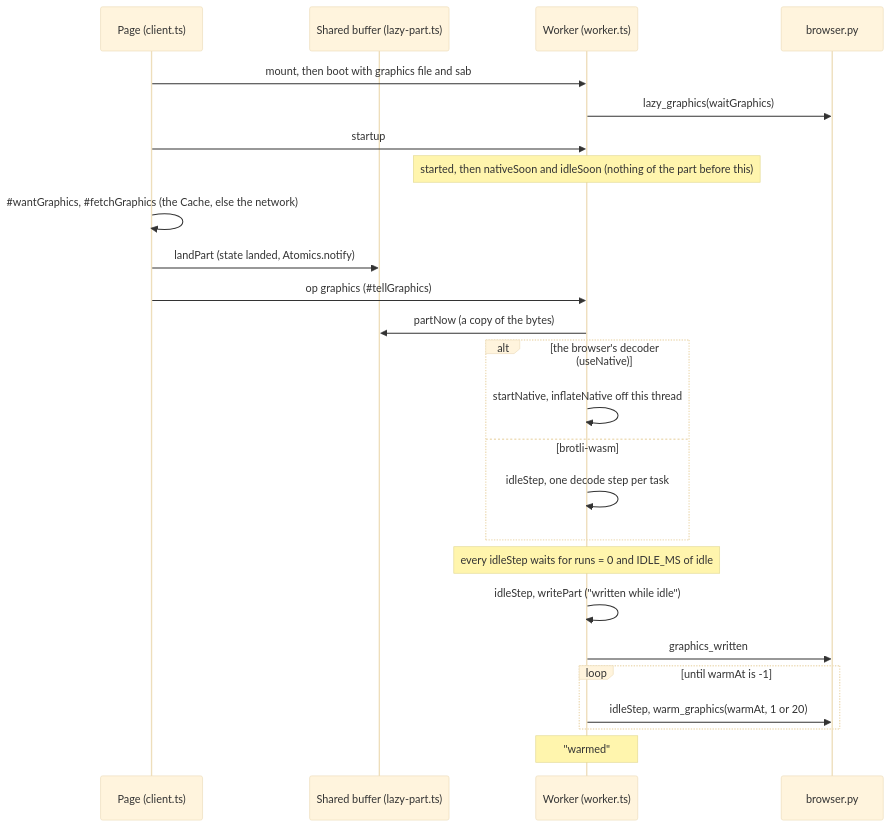
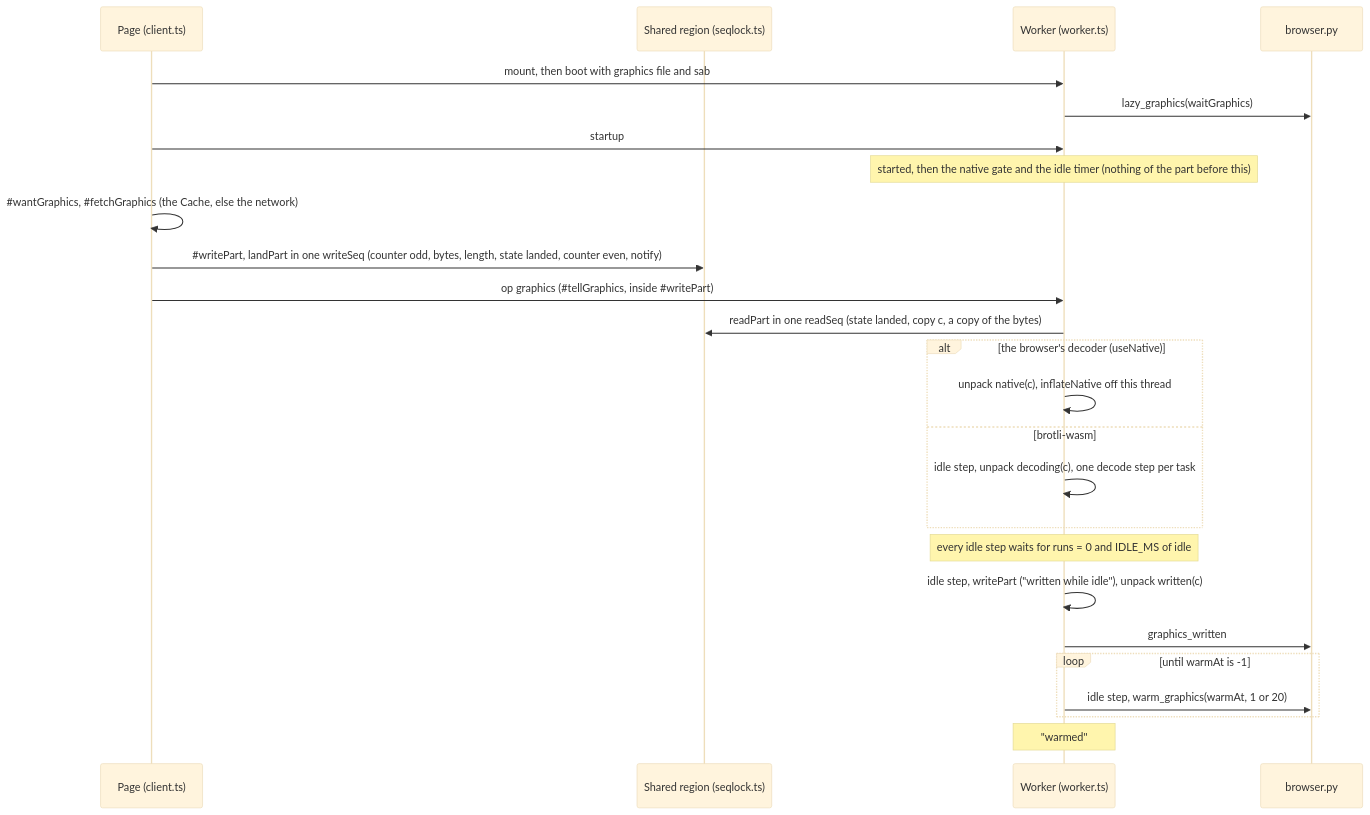
The first of 6 diagrams in docs/design/lazy-graphics.md (jeffzyliu/dofile), drawn with Mermaid (base theme) before and after one commit. The commit also changed other lines of this file, not shown here.

Commit message:
docs: the R1 note as one design after decision A: a seqlock utility (writeSeq, readSeq) that enforces the region's rule by construction, both machines on it, the worker region re-weighed, the seqlock spike's results, and the decisions at the end

````diff
--- a/docs/design/lazy-graphics.md
+++ b/docs/design/lazy-graphics.md
@@ -88,27 +90,27 @@
 ```mermaid
 sequenceDiagram
     participant P as Page (client.ts)
-    participant B as Shared buffer (lazy-part.ts)
+    participant B as Shared region (seqlock.ts)
     participant W as Worker (worker.ts)
     participant Y as browser.py
     P->>W: mount, then boot with graphics file and sab
     W->>Y: lazy_graphics(waitGraphics)
     P->>W: startup
-    Note over W: started, then nativeSoon and idleSoon (nothing of the part before this)
+    Note over W: started, then the native gate and the idle timer (nothing of the part before this)
     P->>P: #35;wantGraphics, #35;fetchGraphics (the Cache, else the network)
-    P->>B: landPart (state landed, Atomics.notify)
-    P->>W: op graphics (#35;tellGraphics)
-    W->>B: partNow (a copy of the bytes)
+    P->>B: #35;writePart, landPart in one writeSeq (counter odd, bytes, length, state landed, counter even, notify)
+    P->>W: op graphics (#35;tellGraphics, inside #35;writePart)
+    W->>B: readPart in one readSeq (state landed, copy c, a copy of the bytes)
     alt the browser's decoder (useNative)
-        W->>W: startNative, inflateNative off this thread
+        W->>W: unpack native(c), inflateNative off this thread
     else brotli-wasm
-        W->>W: idleStep, one decode step per task
+        W->>W: idle step, unpack decoding(c), one decode step per task
     end
-    Note over W: every idleStep waits for runs = 0 and IDLE_MS of idle
-    W->>W: idleStep, writePart ("written while idle")
+    Note over W: every idle step waits for runs = 0 and IDLE_MS of idle
+    W->>W: idle step, writePart ("written while idle"), unpack written(c)
     W->>Y: graphics_written
     loop until warmAt is -1
-        W->>Y: idleStep, warm_graphics(warmAt, 1 or 20)
+        W->>Y: idle step, warm_graphics(warmAt, 1 or 20)
     end
     Note over W: "warmed"
 ```
````
